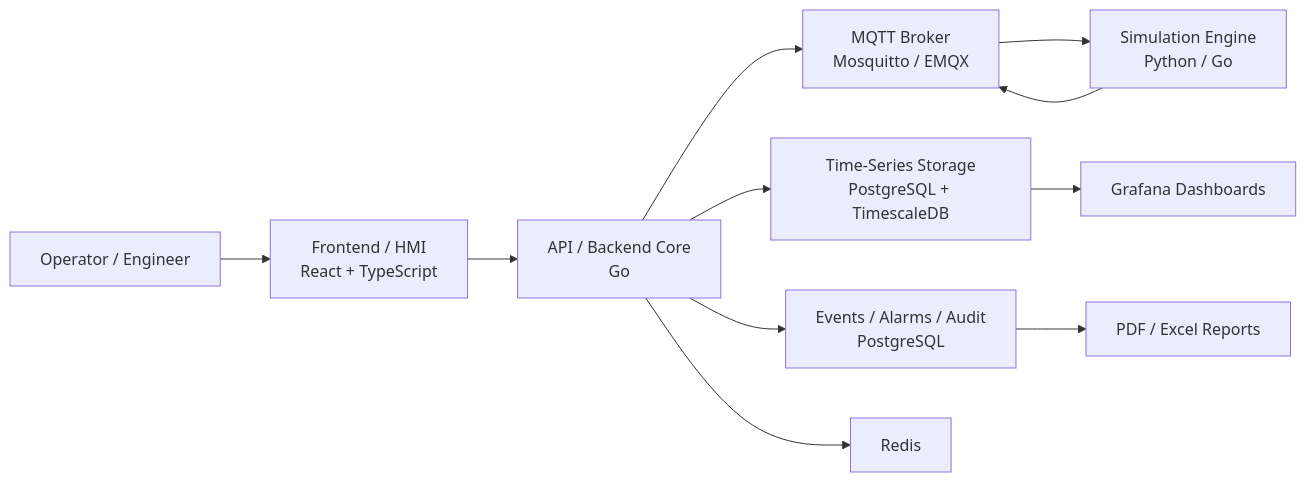
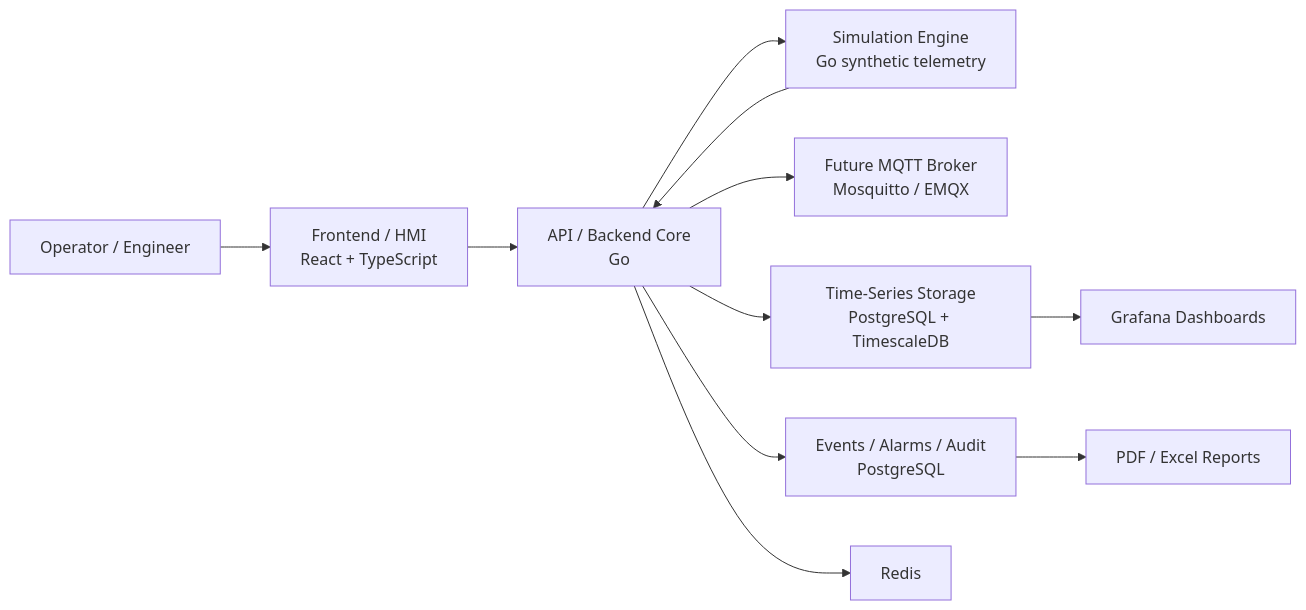
The diagram in README.md (dimbo1324/smr-digital-twin-platform-r), drawn with Mermaid before and after one commit. The commit also changed other lines of this file and 64 other files, not shown here.

Commit message:
feat(simulation): add simulation engine MVP with live synthetic telemetry

````diff
--- a/README.md
+++ b/README.md
@@ -17,13 +17,13 @@
 ```mermaid
 flowchart LR
     Operator["Operator / Engineer"] --> Frontend["Frontend / HMI<br/>React + TypeScript"]
     Frontend --> API["API / Backend Core<br/>Go"]
-    API --> MQTT["MQTT Broker<br/>Mosquitto / EMQX"]
-    MQTT --> Simulation["Simulation Engine<br/>Python / Go"]
-    Simulation --> MQTT
+    API --> Simulation["Simulation Engine<br/>Go synthetic telemetry"]
+    API --> MQTT["Future MQTT Broker<br/>Mosquitto / EMQX"]
+    Simulation --> API
     API --> TSDB["Time-Series Storage<br/>PostgreSQL + TimescaleDB"]
     API --> Events["Events / Alarms / Audit<br/>PostgreSQL"]
     API --> Cache["Redis"]
     TSDB --> Grafana["Grafana Dashboards"]
     Events --> Reports["PDF / Excel Reports"]
 ```
````
